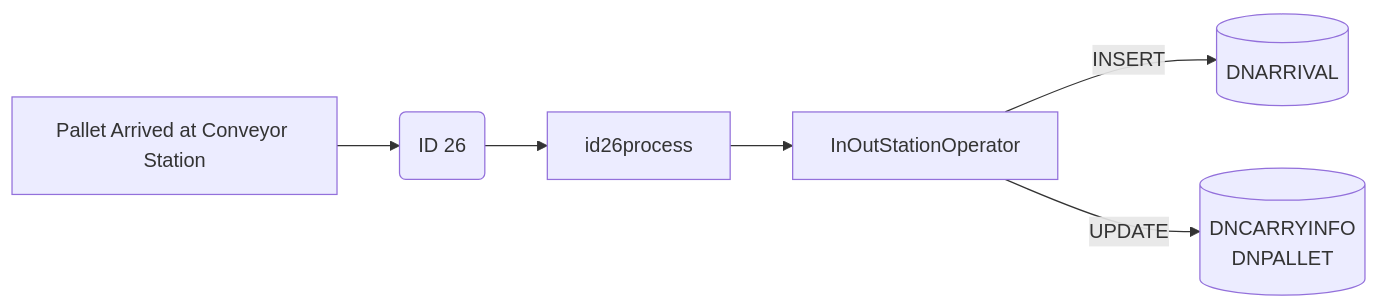
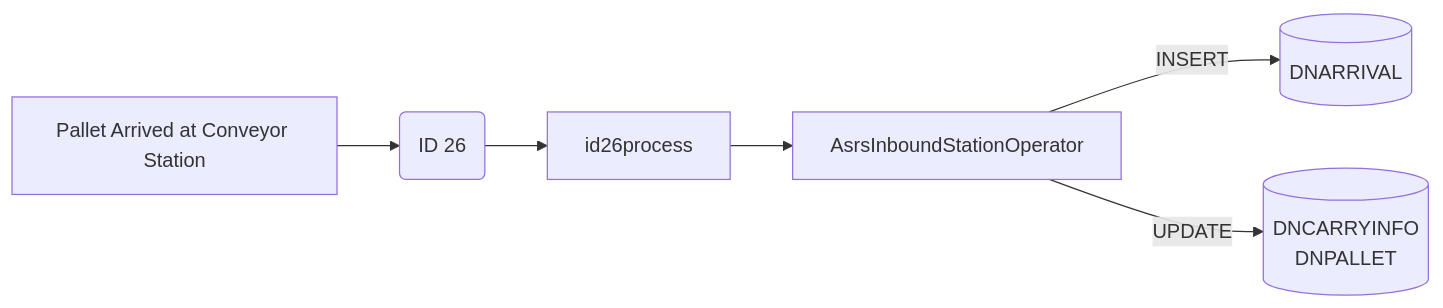
Before and after one commit to luthfiadityaa/SimeDarby-Wiki: the tenth of 17 diagrams in Basic-Design/DFD-WMS/QC-Setting/Retrieval-for-QC-Start.md, drawn with Mermaid. The commit also changed other lines of this file, not shown here.

```diff
--- a/Basic-Design/DFD-WMS/QC-Setting/Retrieval-for-QC-Start.md
+++ b/Basic-Design/DFD-WMS/QC-Setting/Retrieval-for-QC-Start.md
@@ -399,30 +428,30 @@
 ::: mermaid
 flowchart LR
 
 buttonclicked["
 Pallet Arrived at Conveyor Station
 "]
 
 id26msg("
 ID 26
 ")
 
 id26-insert[("
 DNARRIVAL
 ")]
 
 id26-update[("
 DNCARRYINFO
 DNPALLET
 ")]
 
 id26process[id26process]
-retrievaloperator[InOutStationOperator]
+asrsoperator[AsrsInboundStationOperator]
 
 
 buttonclicked --> id26msg
 id26msg -->id26process
-id26process-->retrievaloperator
-retrievaloperator--> |INSERT| id26-insert
-retrievaloperator--> |UPDATE| id26-update
+id26process-->asrsoperator
+asrsoperator--> |INSERT| id26-insert
+asrsoperator--> |UPDATE| id26-update
 :::
```
